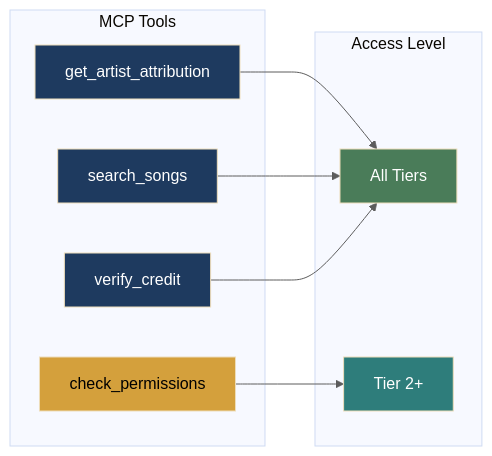
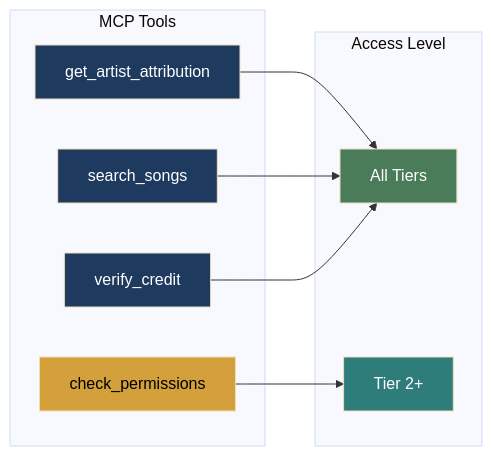
The third of 9 diagrams in docs/prd/mcp-server-prd.md (petteriTeikari/music-attribution-scaffold), drawn with Mermaid before and after one commit. The commit also changed other lines of this file and 53 other files, not shown here.

First line of the commit message:
docs: final documentation polish — 200+ figures, Mermaid contrast, zero orphans (#122)

````diff
--- a/docs/prd/mcp-server-prd.md
+++ b/docs/prd/mcp-server-prd.md
@@ -177,27 +177,27 @@
 ```mermaid
-%%{init: {'theme': 'base', 'themeVariables': {'background': '#fcfaf5', 'lineColor': '#5C5C5C'}}}%%
+%%{init: {'theme': 'base', 'themeVariables': {'background': '#fcfaf5', 'lineColor': '#333333'}}}%%
 graph LR
     subgraph tools[" MCP Tools "]
         T1[get_artist_attribution]
         T2[search_songs]
         T3[verify_credit]
         T4[check_permissions]
     end
 
     subgraph access[" Access Level "]
         ALL[All Tiers]
         VERIFIED[Tier 2+]
     end
 
     T1 --> ALL
     T2 --> ALL
     T3 --> ALL
     T4 --> VERIFIED
 
     style T1 fill:#1E3A5F,color:#fff
     style T2 fill:#1E3A5F,color:#fff
     style T3 fill:#1E3A5F,color:#fff
     style T4 fill:#D4A03C,color:#000
     style ALL fill:#4A7C59,color:#fff
     style VERIFIED fill:#2E7D7B,color:#fff
 ```
````
